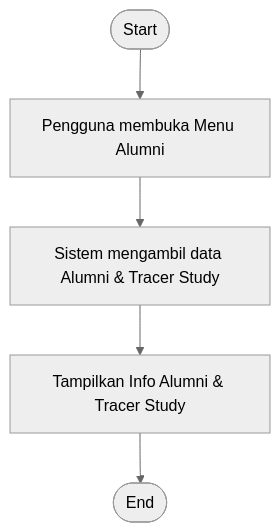
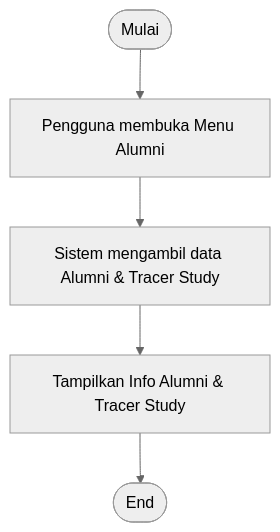
One commit to arbain-dev/Web_fikom changed the eighth of 8 diagrams in docs/activity_diagram_publik.md. Above: the diagram before and after it, drawn with Mermaid (neutral theme). The commit also changed other lines of this file and 7 other files, not shown here.

Commit message:
docs: standarisasi semua awal flowchart diagram menjadi 'Mulai'

````diff
--- a/docs/activity_diagram_publik.md
+++ b/docs/activity_diagram_publik.md
@@ -201,7 +201,7 @@
 ```mermaid
 flowchart TD
-    Start([Start]) --> OpenAlumni[Pengguna membuka Menu Alumni]
+    Mulai([Mulai]) --> OpenAlumni[Pengguna membuka Menu Alumni]
     OpenAlumni --> FetchAlumni[Sistem mengambil data Alumni & Tracer Study]
     FetchAlumni --> ShowAlumni[Tampilkan Info Alumni & Tracer Study]
     ShowAlumni --> End([End])
 ```
````
